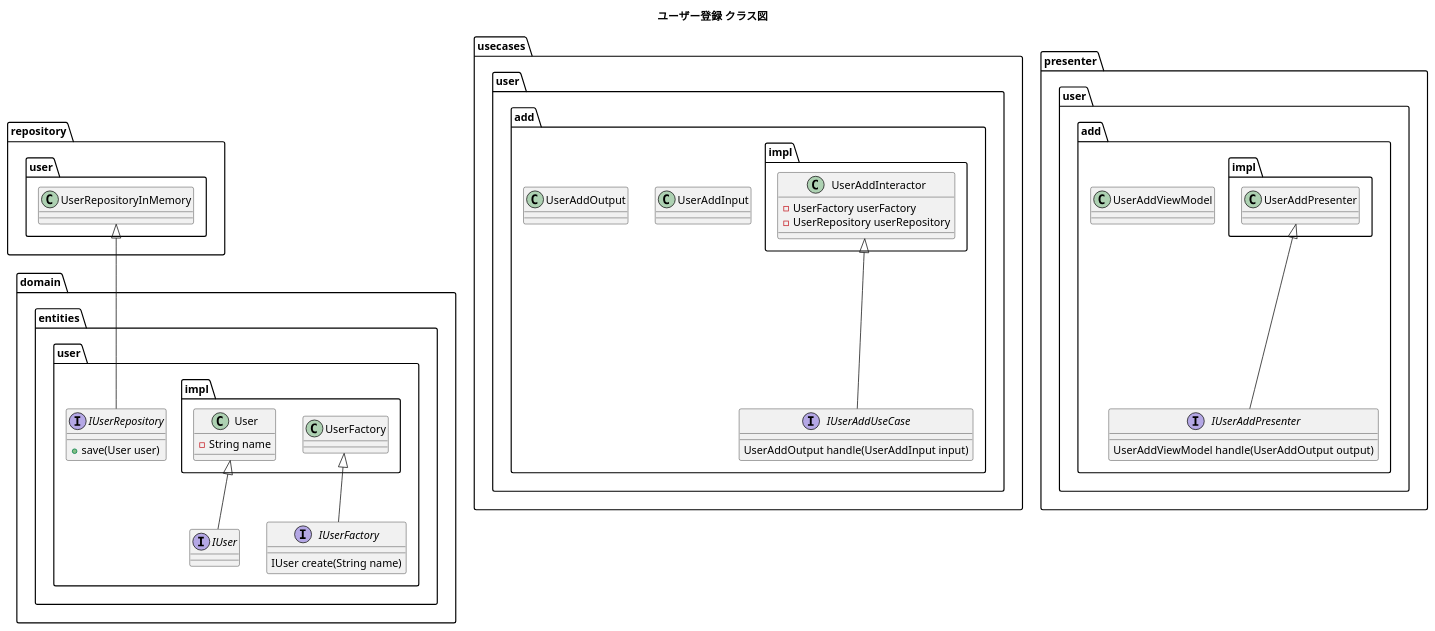
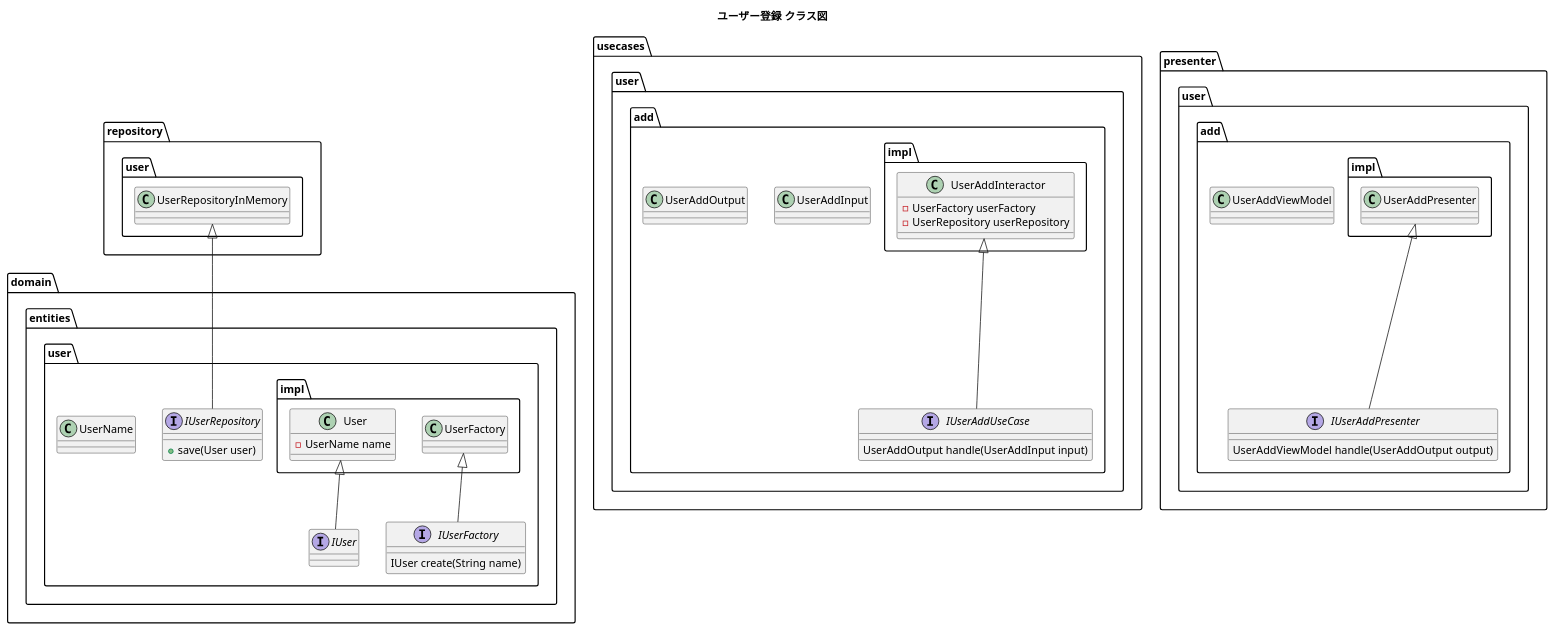
One commit to choimake/clean-architecture-with-springboot changed the diagram in docs/class.pu. Above: the diagram before and after it, drawn with PlantUML. The commit also changed 2 other files, not shown here.

Commit message:
UserName実装

```diff
--- a/docs/class.pu
+++ b/docs/class.pu
@@ -1,76 +1,79 @@
 @startuml
 title ユーザー登録 クラス図
 
 ' 参考
 ' - https://www.baeldung.com/spring-boot-clean-architecture
 ' - https://nrslib.com/clean-architecture-with-java/
 
 package domain.entities.user {
     ' Data Access Interface
     interface IUserRepository {
         + save(User user)
     }
 
     interface IUser
 
     interface IUserFactory {
         IUser create(String name)
     }
 
+    ' Value Object
+    class UserName
+
     package domain.entities.user.impl {
         User <|-- IUser
         UserFactory <|-- IUserFactory
 
         class User {
-            - String name
+            - UserName name
         }
     }
 }
 
 package usecases {
     package usecases.user.add {
 
         ' Input Data<DS>
         class UserAddInput
 
         ' Output Data<DS>
         class UserAddOutput
 
         ' Input Boundary
         interface IUserAddUseCase {
             UserAddOutput handle(UserAddInput input)
         }
 
         package usecases.user.add.impl {
             UserAddInteractor <|-- IUserAddUseCase
 
             class UserAddInteractor {
                 - UserFactory userFactory
                 - UserRepository userRepository
             }
         }
     }
 }
 
 package presenter {
     package presenter.user.add {
         ' ViewModel
         class UserAddViewModel
         ' Output Boundary
         interface IUserAddPresenter {
             UserAddViewModel handle(UserAddOutput output)
         }
 
         package presenter.user.add.impl {
             UserAddPresenter <|-- IUserAddPresenter
         }
     }
 }
 
 package repository {
     package repository.user {
         UserRepositoryInMemory <|-- IUserRepository
     }
 }
 
 @enduml
```
